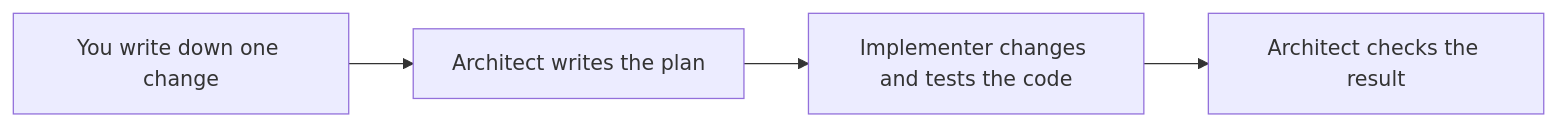
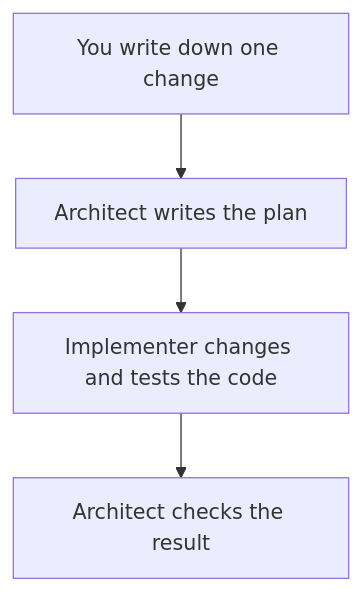
One commit to SBU-COSMOLIKE/emulators_code_v2 changed the first of 6 diagrams in ai/README.md. Above: the diagram before and after it, drawn with Mermaid. The commit also changed other lines of this file, not shown here.

````diff
--- a/ai/README.md
+++ b/ai/README.md
@@ -90,6 +90,6 @@
 ```mermaid
-flowchart LR
+flowchart TD
   U["You write down one change"] --> A["Architect writes the plan"]
   A --> I["Implementer changes and tests the code"]
   I --> C["Architect checks the result"]
 ```
````
